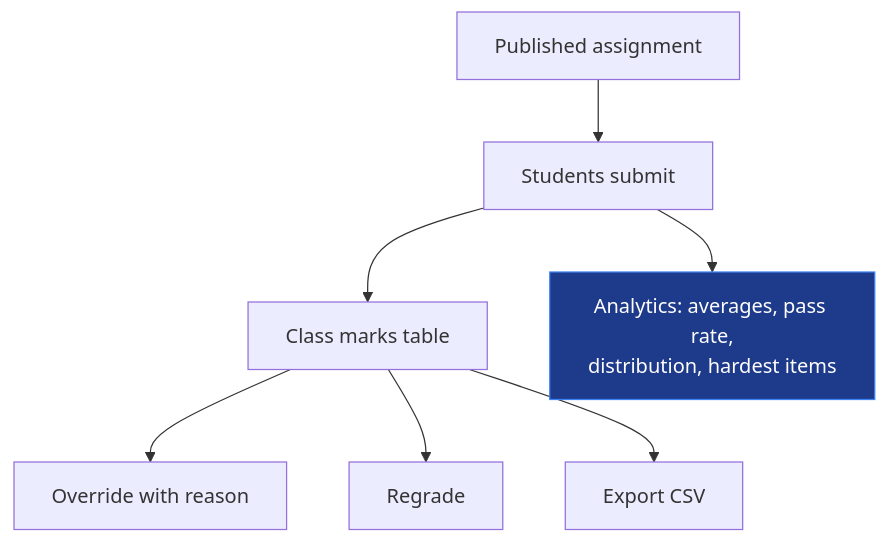
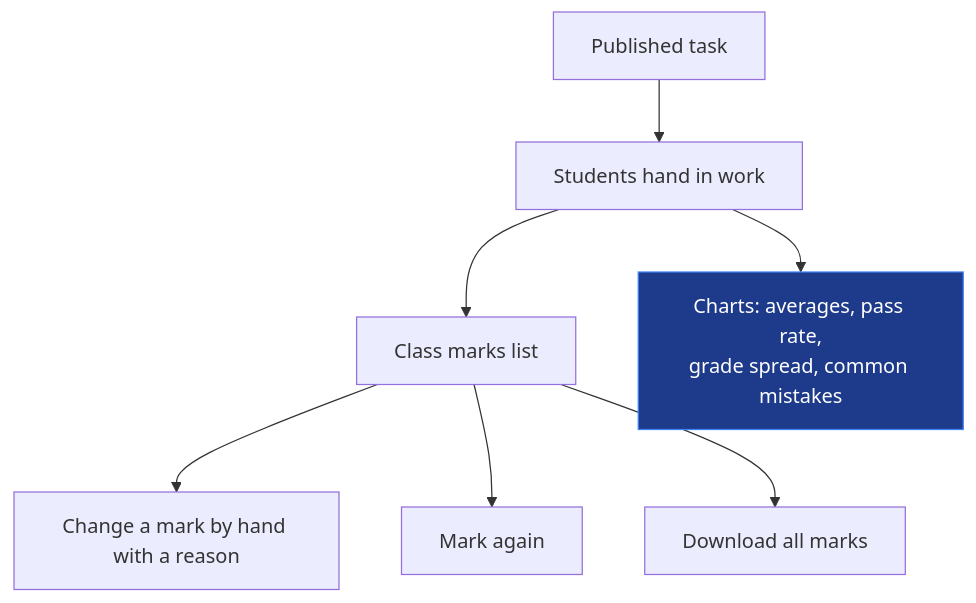
Before and after one commit to Jabulani00/AUTOMARK: the fifth of 8 diagrams in FLOW.md, drawn with Mermaid. The commit also changed other lines of this file, not shown here.

Commit message:
new flow

````diff
--- a/FLOW.md
+++ b/FLOW.md
@@ -195,11 +200,11 @@
 ```mermaid
 flowchart TD
-    P[Published assignment] --> SUB[Students submit]
-    SUB --> CM[Class marks table]
-    CM --> OV[Override with reason]
-    CM --> RG[Regrade]
-    CM --> EX[Export CSV]
-    SUB --> AN[Analytics: averages, pass rate,<br/>distribution, hardest items]
+    P[Published task] --> SUB[Students hand in work]
+    SUB --> CM[Class marks list]
+    CM --> OV[Change a mark by hand with a reason]
+    CM --> RG[Mark again]
+    CM --> EX[Download all marks]
+    SUB --> AN[Charts: averages, pass rate,<br/>grade spread, common mistakes]
 
     style AN fill:#1e3a8a,stroke:#3b82f6,color:#fff
 ```
````
